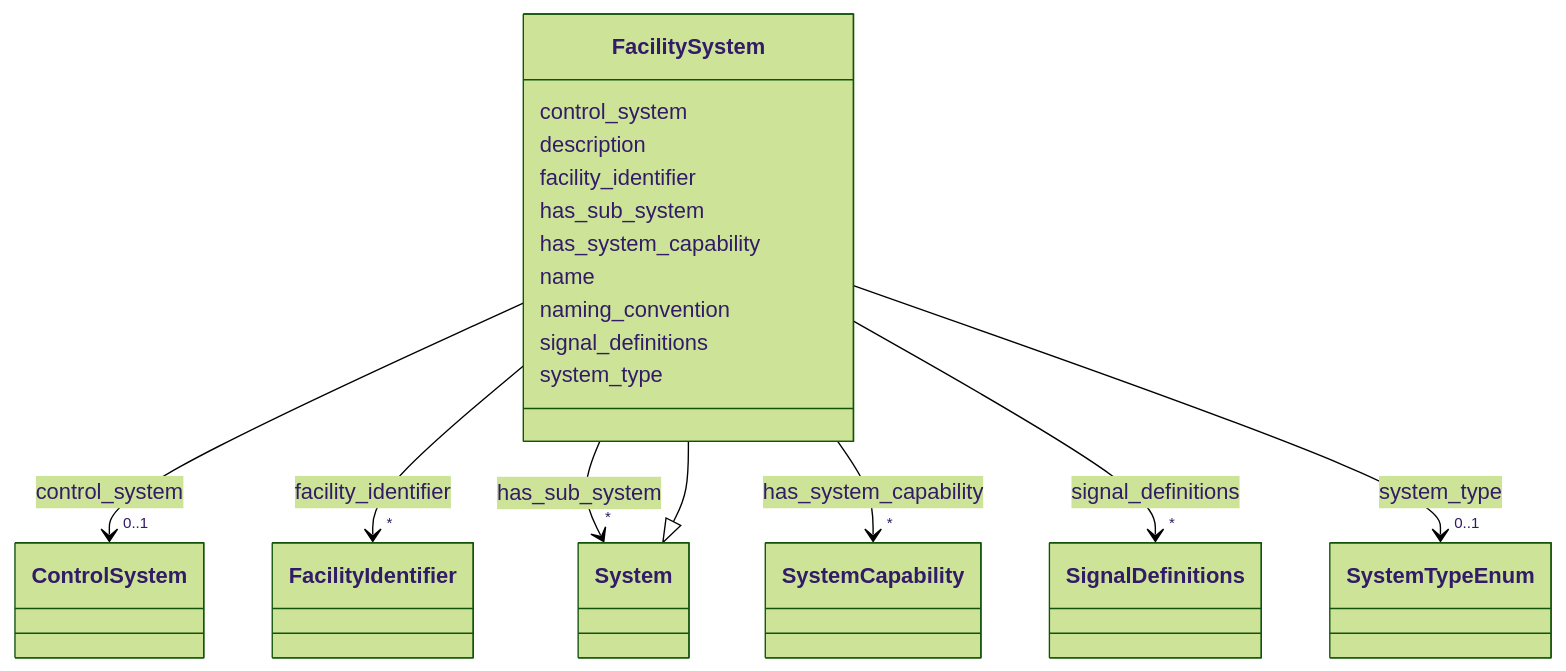
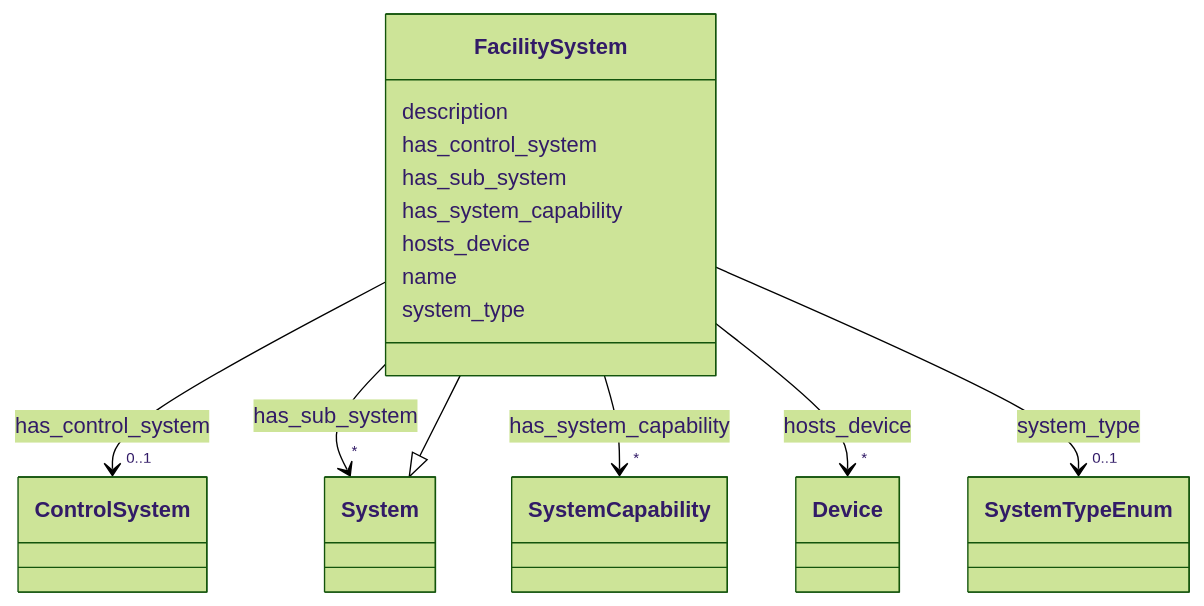
One commit to pals-project/pals-facility-config changed the diagram in docs/elements/FacilitySystem.md. Above: the diagram before and after it, drawn with Mermaid (forest theme). The commit also changed other lines of this file and 133 other files, not shown here.

Commit message:
Updated documentation, project files, pydantic defintion, and the schema to correctly represent the relationships in the NARAD schema/ontology

````diff
--- a/docs/elements/FacilitySystem.md
+++ b/docs/elements/FacilitySystem.md
@@ -18,81 +18,68 @@
 ```mermaid
  classDiagram
     class FacilitySystem
     click FacilitySystem href "../FacilitySystem/"
       System <|-- FacilitySystem
         click System href "../System/"
       
-      FacilitySystem : control_system
+      FacilitySystem : description
+        
+      FacilitySystem : has_control_system
         
           
     
         
         
-        FacilitySystem --> "0..1" ControlSystem : control_system
+        FacilitySystem --> "0..1" ControlSystem : has_control_system
         click ControlSystem href "../ControlSystem/"
-    
-
-        
-      FacilitySystem : description
-        
-      FacilitySystem : facility_identifier
-        
-          
-    
-        
-        
-        FacilitySystem --> "*" FacilityIdentifier : facility_identifier
-        click FacilityIdentifier href "../FacilityIdentifier/"
     
 
         
       FacilitySystem : has_sub_system
         
           
     
         
         
         FacilitySystem --> "*" System : has_sub_system
         click System href "../System/"
     
 
         
       FacilitySystem : has_system_capability
         
           
     
         
         
         FacilitySystem --> "*" SystemCapability : has_system_capability
         click SystemCapability href "../SystemCapability/"
     
 
         
-      FacilitySystem : name
-        
-      FacilitySystem : naming_convention
-        
-      FacilitySystem : signal_definitions
+      FacilitySystem : hosts_device
         
           
     
         
         
-        FacilitySystem --> "*" SignalDefinitions : signal_definitions
-        click SignalDefinitions href "../SignalDefinitions/"
+        FacilitySystem --> "*" Device : hosts_device
+        click Device href "../Device/"
     
 
+        
+      FacilitySystem : name
         
       FacilitySystem : system_type
         
           
     
         
         
         FacilitySystem --> "0..1" SystemTypeEnum : system_type
         click SystemTypeEnum href "../SystemTypeEnum/"
     
 
         
       
 ```
````
